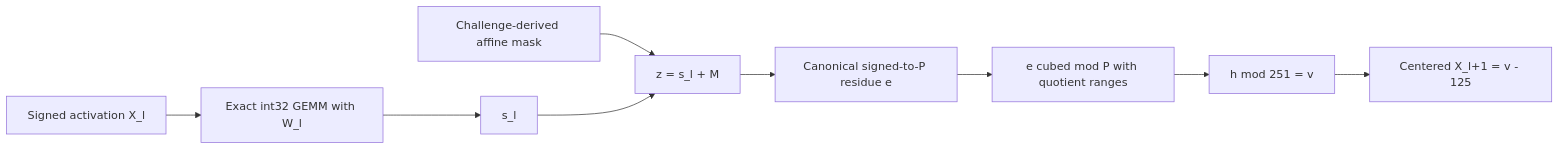
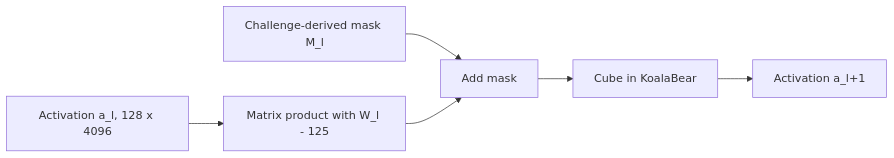
One commit to Common-Foundry-1/CommonFoundry changed the third of 4 diagrams in docs/whitepaper.md. Above: the diagram before and after it, drawn with Mermaid. The commit also changed other lines of this file and 1 other file, not shown here.

````diff
--- a/docs/whitepaper.md
+++ b/docs/whitepaper.md
@@ -533,11 +401,8 @@
 ```mermaid
 flowchart LR
-    X[Signed activation X_l] --> G[Exact int32 GEMM with W_l]
-    G --> S[s_l]
-    M[Challenge-derived affine mask] --> Z[z = s_l + M]
-    S --> Z
-    Z --> E[Canonical signed-to-P residue e]
-    E --> Q[e cubed mod P with quotient ranges]
-    Q --> V[h mod 251 = v]
-    V --> O[Centered X_l+1 = v - 125]
+    A[Activation a_l, 128 x 4096] --> G[Matrix product with W_l - 125]
+    M[Challenge-derived mask M_l] --> Z[Add mask]
+    G --> Z
+    Z --> C[Cube in KoalaBear]
+    C --> N[Activation a_l+1]
 ```
````
